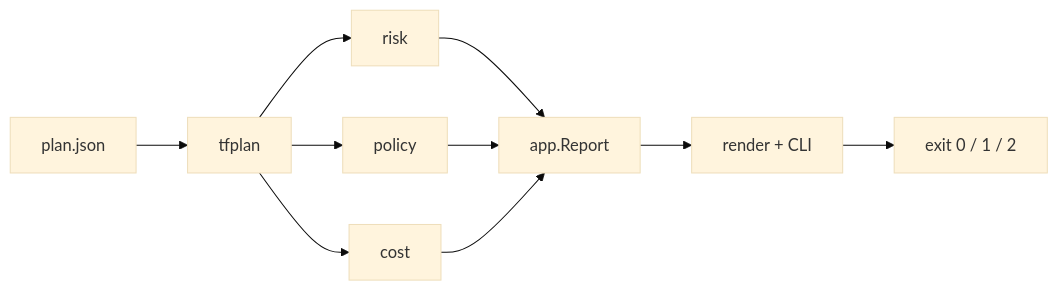
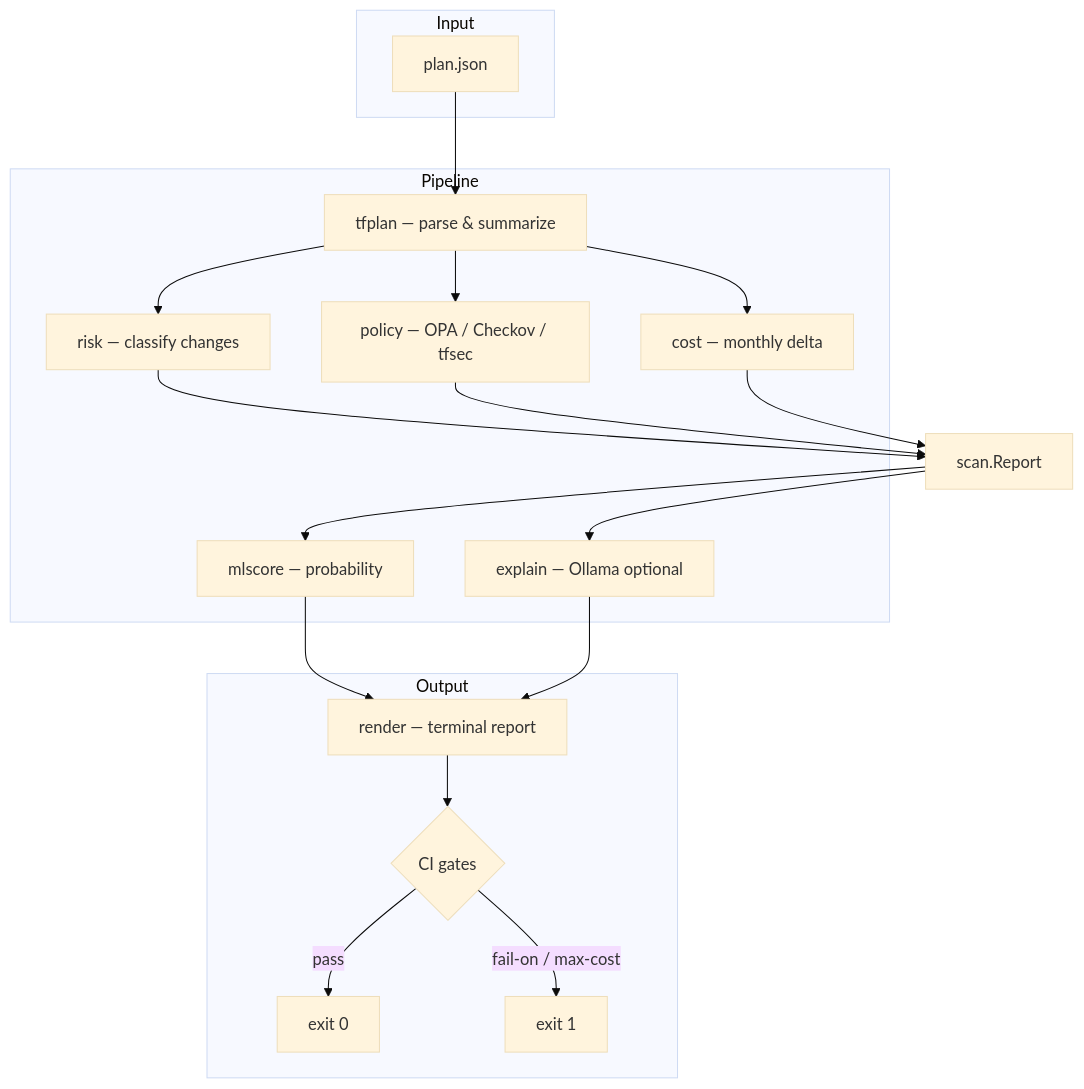
The diagram in README.md (SamyBaouche/tfguard), drawn with Mermaid (base theme) before and after one commit. The commit also changed other lines of this file and 2 other files, not shown here.

````diff
--- a/README.md
+++ b/README.md
@@ -21,12 +105,37 @@
 ```mermaid
-flowchart LR
-  A[plan.json] --> B[tfplan]
-  B --> C[risk]
-  B --> D[policy]
-  B --> H[cost]
-  C --> E[app.Report]
-  D --> E
-  H --> E
-  E --> F[render + CLI]
-  F --> G["exit 0 / 1 / 2"]
+flowchart TB
+  subgraph Input
+    A[plan.json]
+  end
+
+  subgraph Pipeline
+    B[tfplan — parse & summarize]
+    C[risk — classify changes]
+    D[policy — OPA / Checkov / tfsec]
+    E[cost — monthly delta]
+    F[mlscore — probability]
+    G[explain — Ollama optional]
+  end
+
+  subgraph Output
+    H[render — terminal report]
+    I{CI gates}
+    J[exit 0]
+    K[exit 1]
+  end
+
+  A --> B
+  B --> C
+  B --> D
+  B --> E
+  C --> scan[scan.Report]
+  D --> scan
+  E --> scan
+  scan --> F
+  scan --> G
+  F --> H
+  G --> H
+  H --> I
+  I -->|pass| J
+  I -->|fail-on / max-cost| K
 ```
````
